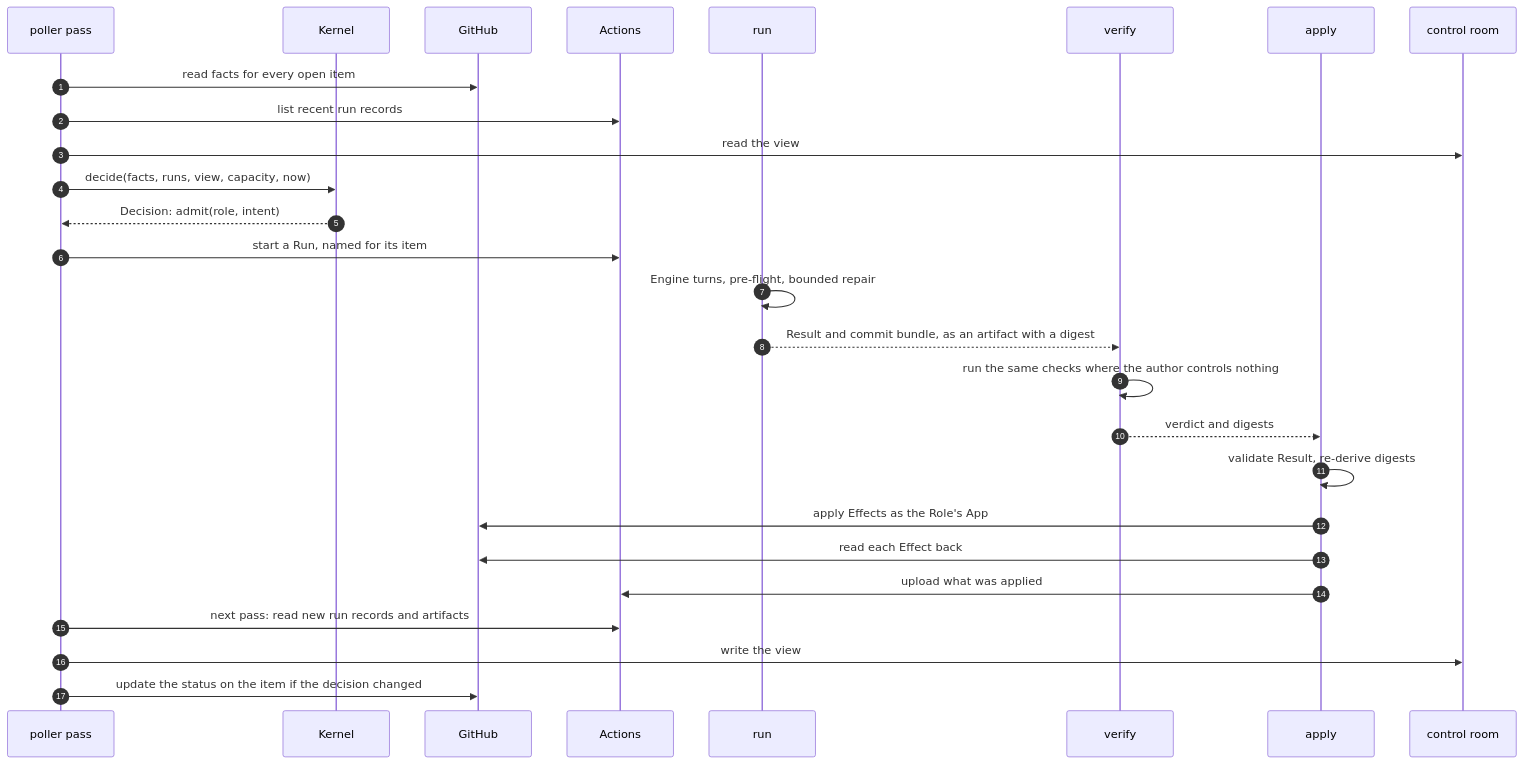
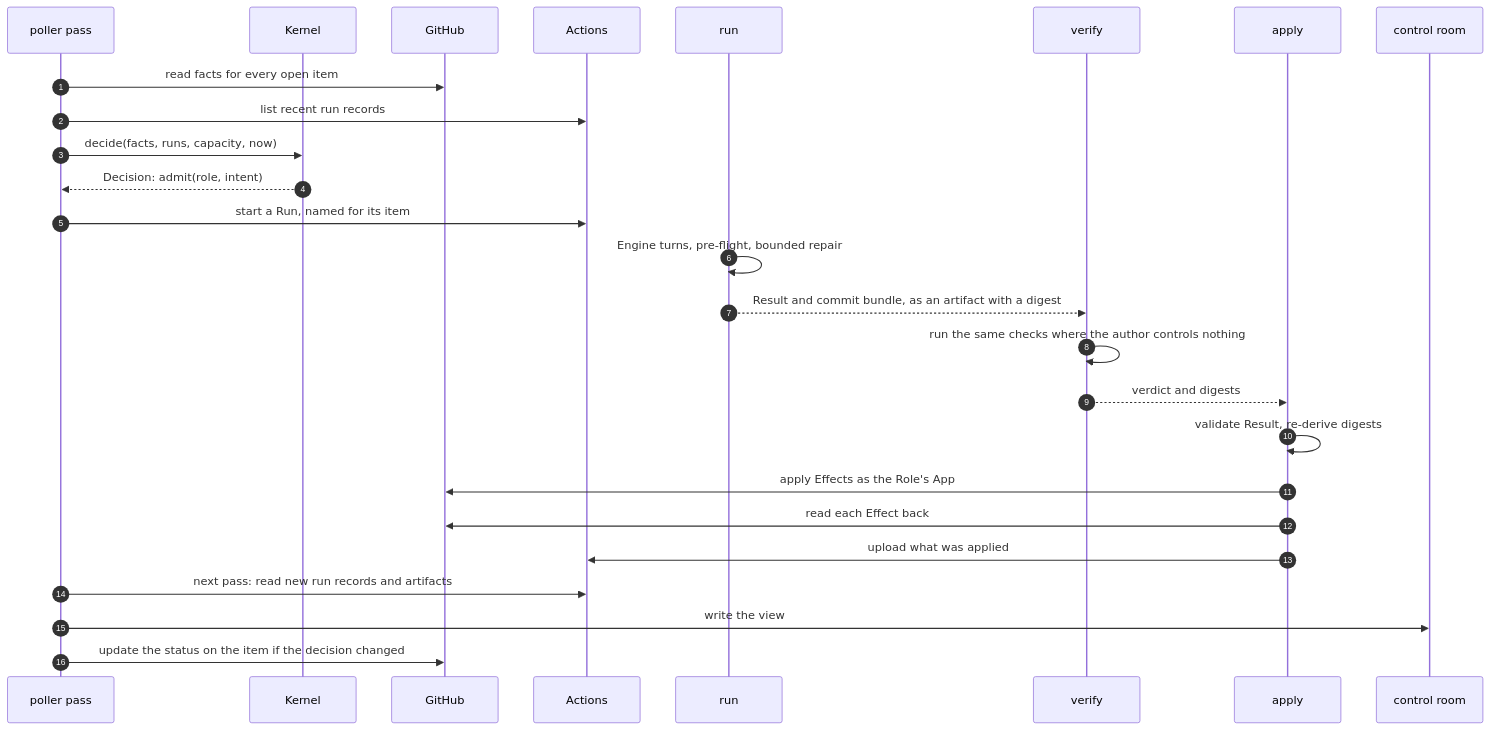
Before and after one commit to combsmith/.github-private: the third of 5 diagrams in docs/architecture/software-factory-design.md, drawn with Mermaid. The commit also changed other lines of this file and 3 other files, not shown here.

````diff
--- a/docs/architecture/software-factory-design.md
+++ b/docs/architecture/software-factory-design.md
@@ -163,30 +166,29 @@
 ```mermaid
 sequenceDiagram
   autonumber
   participant P as poller pass
   participant K as Kernel
   participant G as GitHub
   participant Ac as Actions
   participant R as run
   participant V as verify
   participant A as apply
   participant CR as control room
 
   P->>G: read facts for every open item
   P->>Ac: list recent run records
-  P->>CR: read the view
-  P->>K: decide(facts, runs, view, capacity, now)
+  P->>K: decide(facts, runs, capacity, now)
   K-->>P: Decision: admit(role, intent)
   P->>Ac: start a Run, named for its item
   R->>R: Engine turns, pre-flight, bounded repair
   R-->>V: Result and commit bundle, as an artifact with a digest
   V->>V: run the same checks where the author controls nothing
   V-->>A: verdict and digests
   A->>A: validate Result, re-derive digests
   A->>G: apply Effects as the Role's App
   A->>G: read each Effect back
   A->>Ac: upload what was applied
   P->>Ac: next pass: read new run records and artifacts
   P->>CR: write the view
   P->>G: update the status on the item if the decision changed
 ```
````
